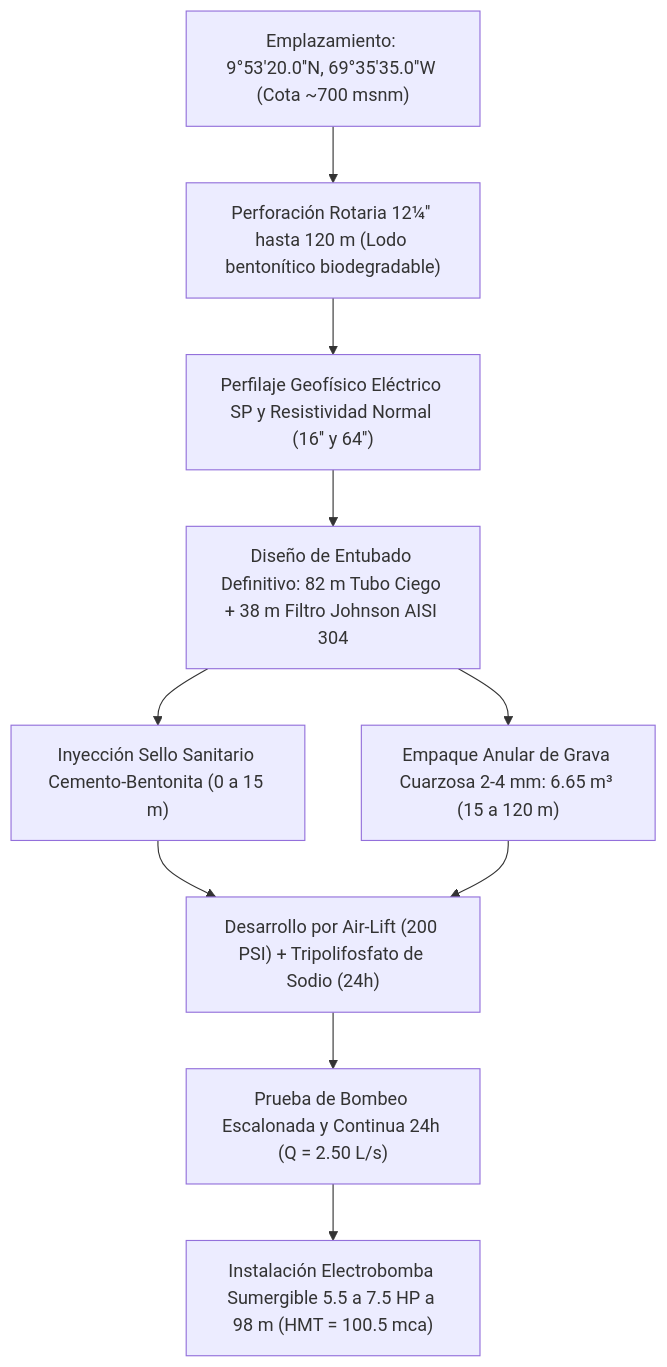
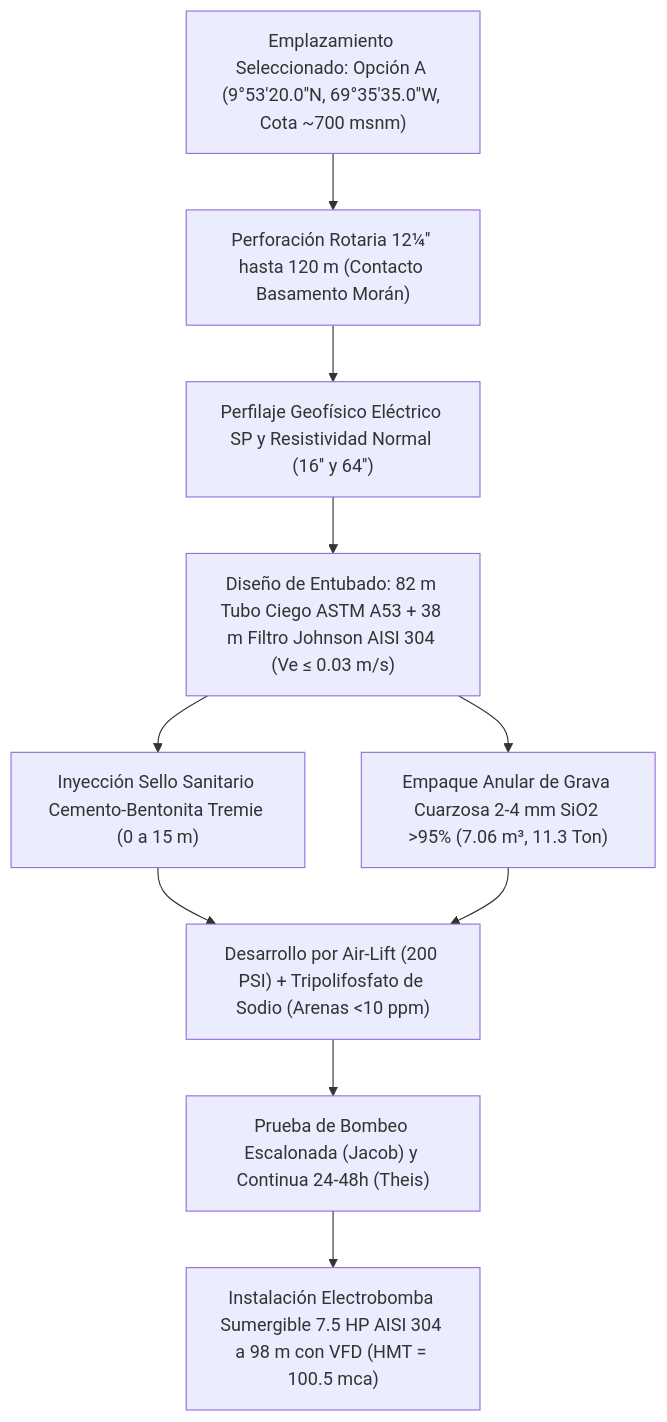
One commit to julljoll/invernadero changed the second of 2 diagrams in PLAN_VALIDACION_POZO_PROFUNDO_QUIBOR.md. Above: the diagram before and after it, drawn with Mermaid. The commit also changed other lines of this file and 7 other files, not shown here.

````diff
--- a/PLAN_VALIDACION_POZO_PROFUNDO_QUIBOR.md
+++ b/PLAN_VALIDACION_POZO_PROFUNDO_QUIBOR.md
@@ -356,11 +390,11 @@
 ```mermaid
 graph TD
-    A["Emplazamiento: 9°53'20.0''N, 69°35'35.0''W (Cota ~700 msnm)"] --> B["Perforación Rotaria 12¼'' hasta 120 m (Lodo bentonítico biodegradable)"]
+    A["Emplazamiento Seleccionado: Opción A (9°53'20.0''N, 69°35'35.0''W, Cota ~700 msnm)"] --> B["Perforación Rotaria 12¼'' hasta 120 m (Contacto Basamento Morán)"]
     B --> C["Perfilaje Geofísico Eléctrico SP y Resistividad Normal (16'' y 64'')"]
-    C --> D["Diseño de Entubado Definitivo: 82 m Tubo Ciego + 38 m Filtro Johnson AISI 304"]
-    D --> E["Inyección Sello Sanitario Cemento-Bentonita (0 a 15 m)"]
-    D --> F["Empaque Anular de Grava Cuarzosa 2-4 mm: 6.65 m³ (15 a 120 m)"]
-    E & F --> G["Desarrollo por Air-Lift (200 PSI) + Tripolifosfato de Sodio (24h)"]
-    G --> H["Prueba de Bombeo Escalonada y Continua 24h (Q = 2.50 L/s)"]
-    H --> I["Instalación Electrobomba Sumergible 5.5 a 7.5 HP a 98 m (HMT = 100.5 mca)"]
+    C --> D["Diseño de Entubado: 82 m Tubo Ciego ASTM A53 + 38 m Filtro Johnson AISI 304 (Ve ≤ 0.03 m/s)"]
+    D --> E["Inyección Sello Sanitario Cemento-Bentonita Tremie (0 a 15 m)"]
+    D --> F["Empaque Anular de Grava Cuarzosa 2-4 mm SiO2 >95% (7.06 m³, 11.3 Ton)"]
+    E & F --> G["Desarrollo por Air-Lift (200 PSI) + Tripolifosfato de Sodio (Arenas <10 ppm)"]
+    G --> H["Prueba de Bombeo Escalonada (Jacob) y Continua 24-48h (Theis)"]
+    H --> I["Instalación Electrobomba Sumergible 7.5 HP AISI 304 a 98 m con VFD (HMT = 100.5 mca)"]
 ```
````
